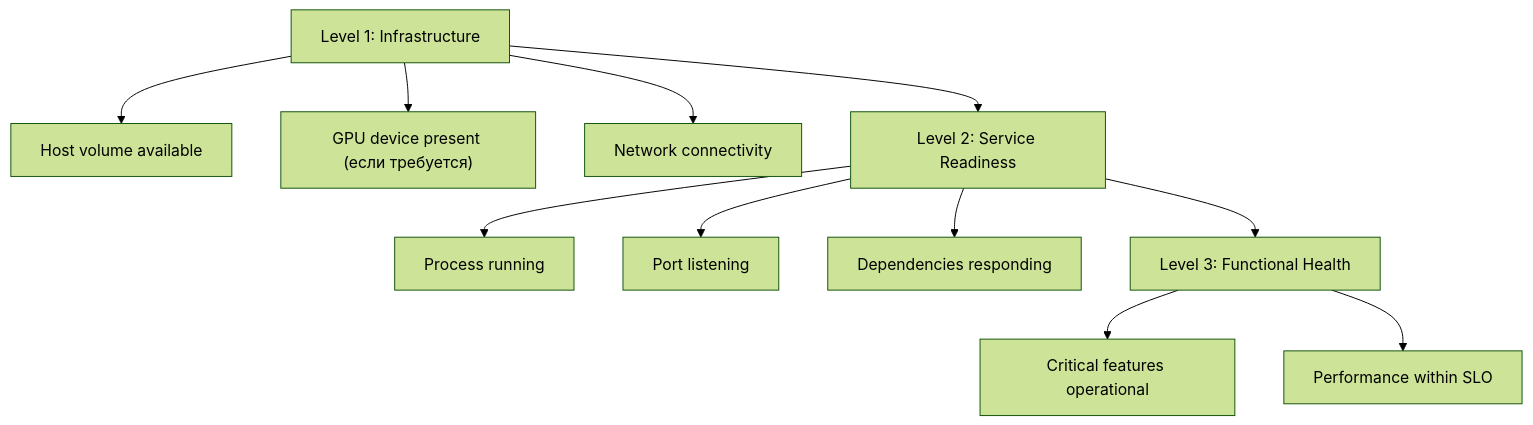
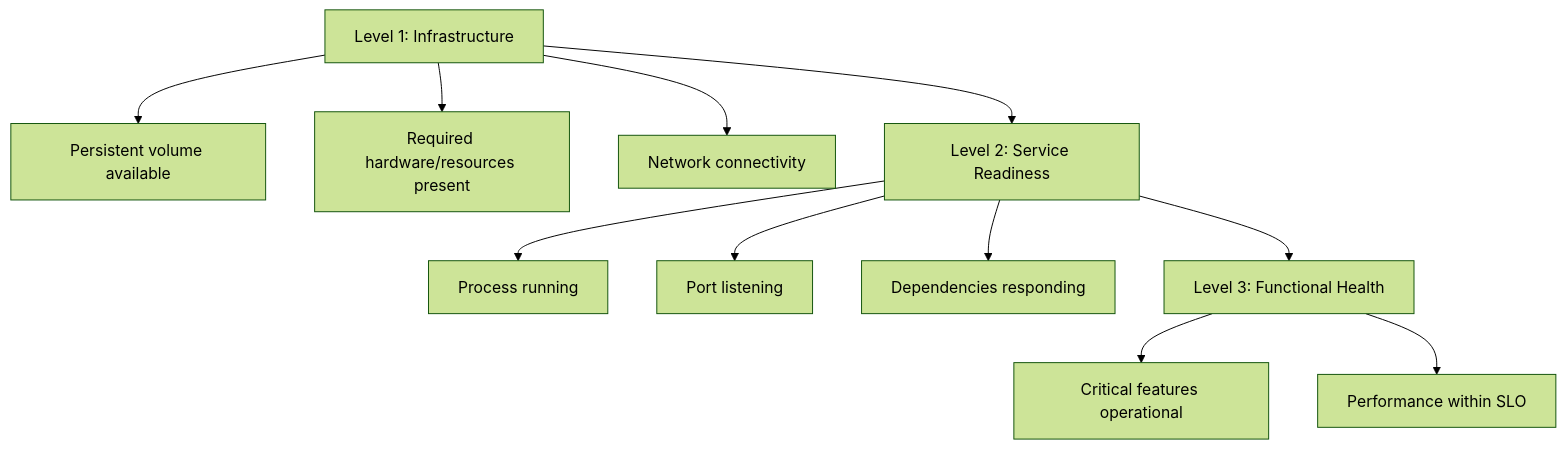
The third of 5 diagrams in .data/workplace-init-bundle/standards/standard-service-dependencies.md (pihanya/workplace-scaffold), drawn with Mermaid (forest theme) before and after one commit. The commit also changed other lines of this file and 6 other files, not shown here.

````diff
--- a/.data/workplace-init-bundle/standards/standard-service-dependencies.md
+++ b/.data/workplace-init-bundle/standards/standard-service-dependencies.md
@@ -236,15 +236,15 @@
 ```mermaid
 flowchart TD
     L1["Level 1: Infrastructure"]
-    L1 --> L1A["Host volume available"]
-    L1 --> L1B["GPU device present (если требуется)"]
+    L1 --> L1A["Persistent volume available"]
+    L1 --> L1B["Required hardware/resources present"]
     L1 --> L1C["Network connectivity"]
     L2["Level 2: Service Readiness"]
     L2 --> L2A["Process running"]
     L2 --> L2B["Port listening"]
     L2 --> L2C["Dependencies responding"]
     L3["Level 3: Functional Health"]
     L3 --> L3A["Critical features operational"]
     L3 --> L3B["Performance within SLO"]
     L1 --> L2 --> L3
 ```
````
